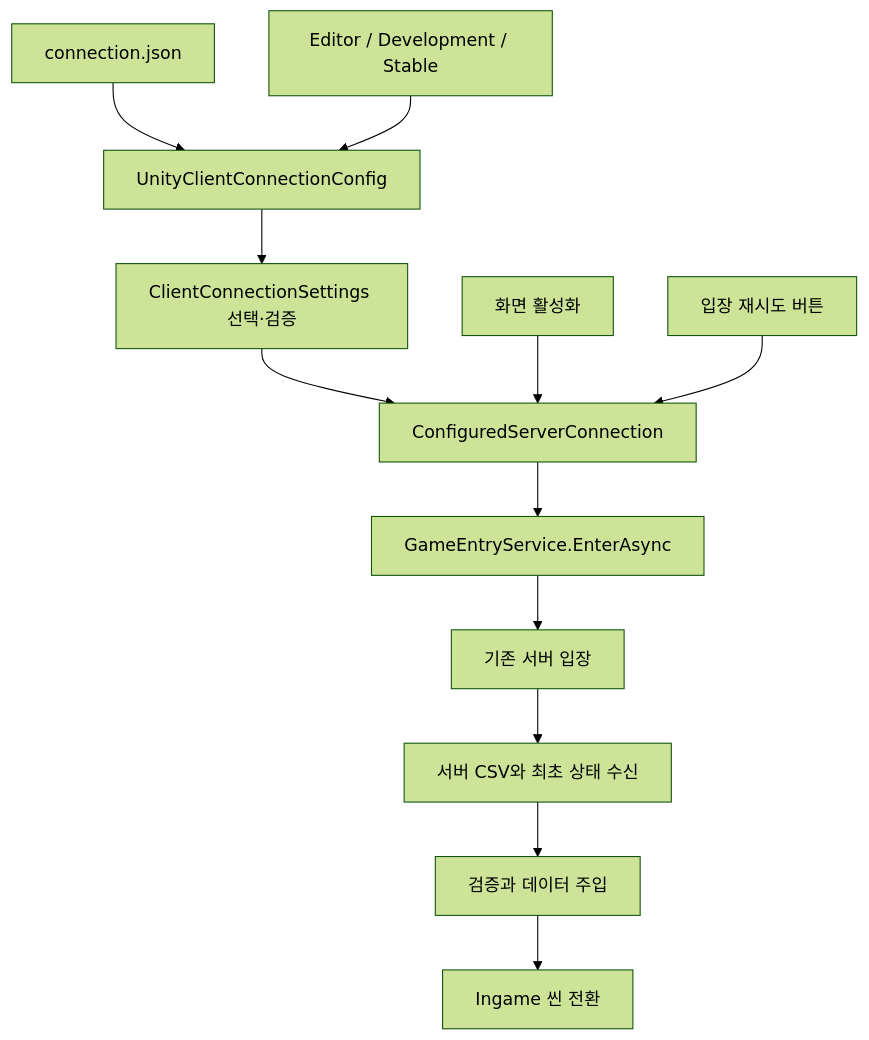
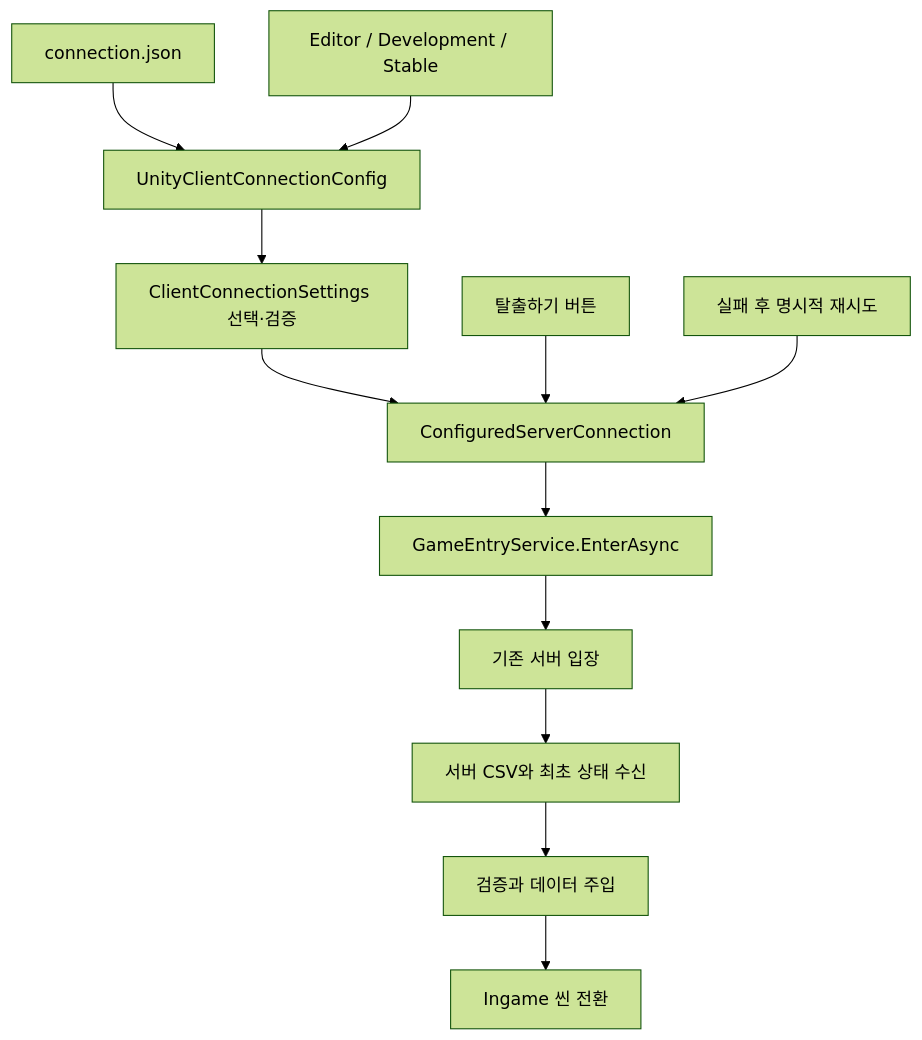
The diagram in Docs/ConnectionConfiguration.md (lkhwcf-arch/-listen), drawn with Mermaid (forest theme) before and after one commit. The commit also changed other lines of this file and 32 other files, not shown here.

````diff
--- a/Docs/ConnectionConfiguration.md
+++ b/Docs/ConnectionConfiguration.md
@@ -39,14 +41,14 @@
 ```mermaid
 flowchart TD
     FILE[connection.json] --> ADAPTER[UnityClientConnectionConfig]
     ENV[Editor / Development / Stable] --> ADAPTER
     ADAPTER --> SETTINGS[ClientConnectionSettings 선택·검증]
     SETTINGS --> COMMAND[ConfiguredServerConnection]
-    AUTO[화면 활성화] --> COMMAND
-    BUTTON[입장 재시도 버튼] --> COMMAND
+    BUTTON[탈출하기 버튼] --> COMMAND
+    RETRY[실패 후 명시적 재시도] --> COMMAND
     COMMAND --> ENTRY[GameEntryService.EnterAsync]
     ENTRY --> JOIN[기존 서버 입장]
     JOIN --> CSV[서버 CSV와 최초 상태 수신]
     CSV --> DATA[검증과 데이터 주입]
     DATA --> SCENE[Ingame 씬 전환]
 ```
````
